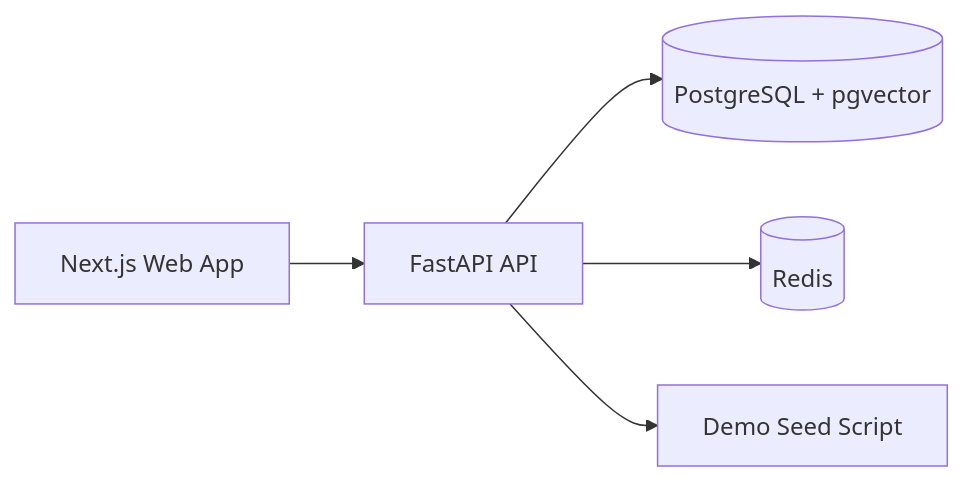
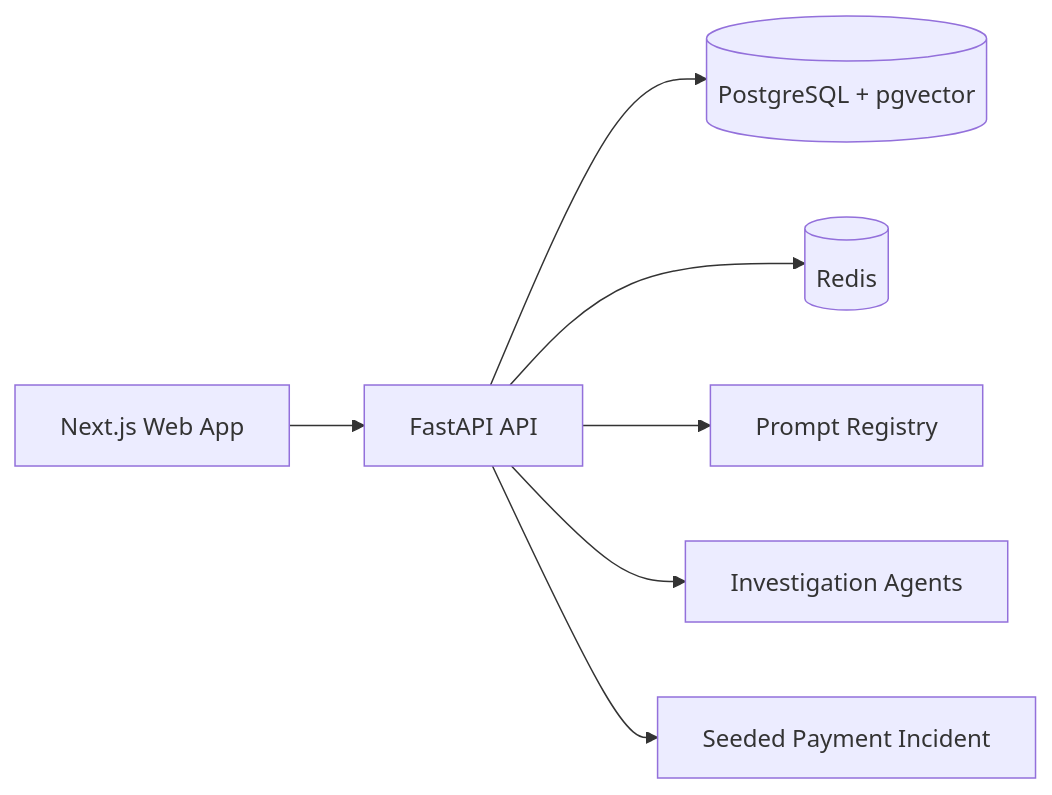
The first of 3 diagrams in README.md (InsaneCoder789/IncidentLens), drawn with Mermaid before and after one commit. The commit also changed other lines of this file and 1 other file, not shown here.

````diff
--- a/README.md
+++ b/README.md
@@ -38,7 +79,9 @@
 ```mermaid
 flowchart LR
-  UI[Next.js Web App] --> API[FastAPI API]
-  API --> DB[(PostgreSQL + pgvector)]
-  API --> REDIS[(Redis)]
-  API --> SEED[Demo Seed Script]
+  UI["Next.js Web App"] --> API["FastAPI API"]
+  API --> DB[("PostgreSQL + pgvector")]
+  API --> REDIS[("Redis")]
+  API --> PROMPTS["Prompt Registry"]
+  API --> AGENTS["Investigation Agents"]
+  API --> SEED["Seeded Payment Incident"]
 ```
````
